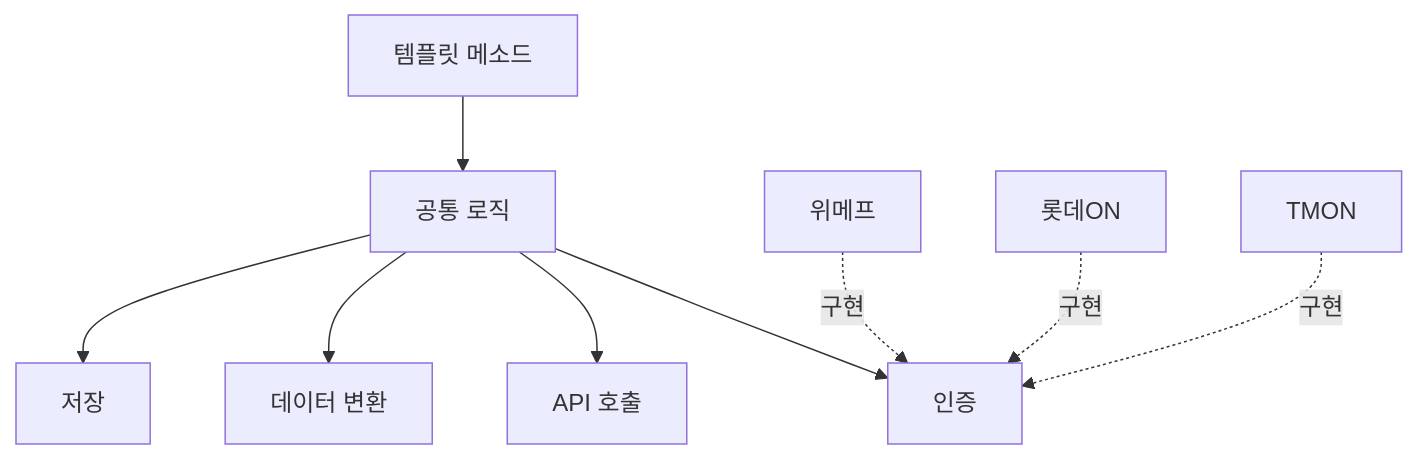
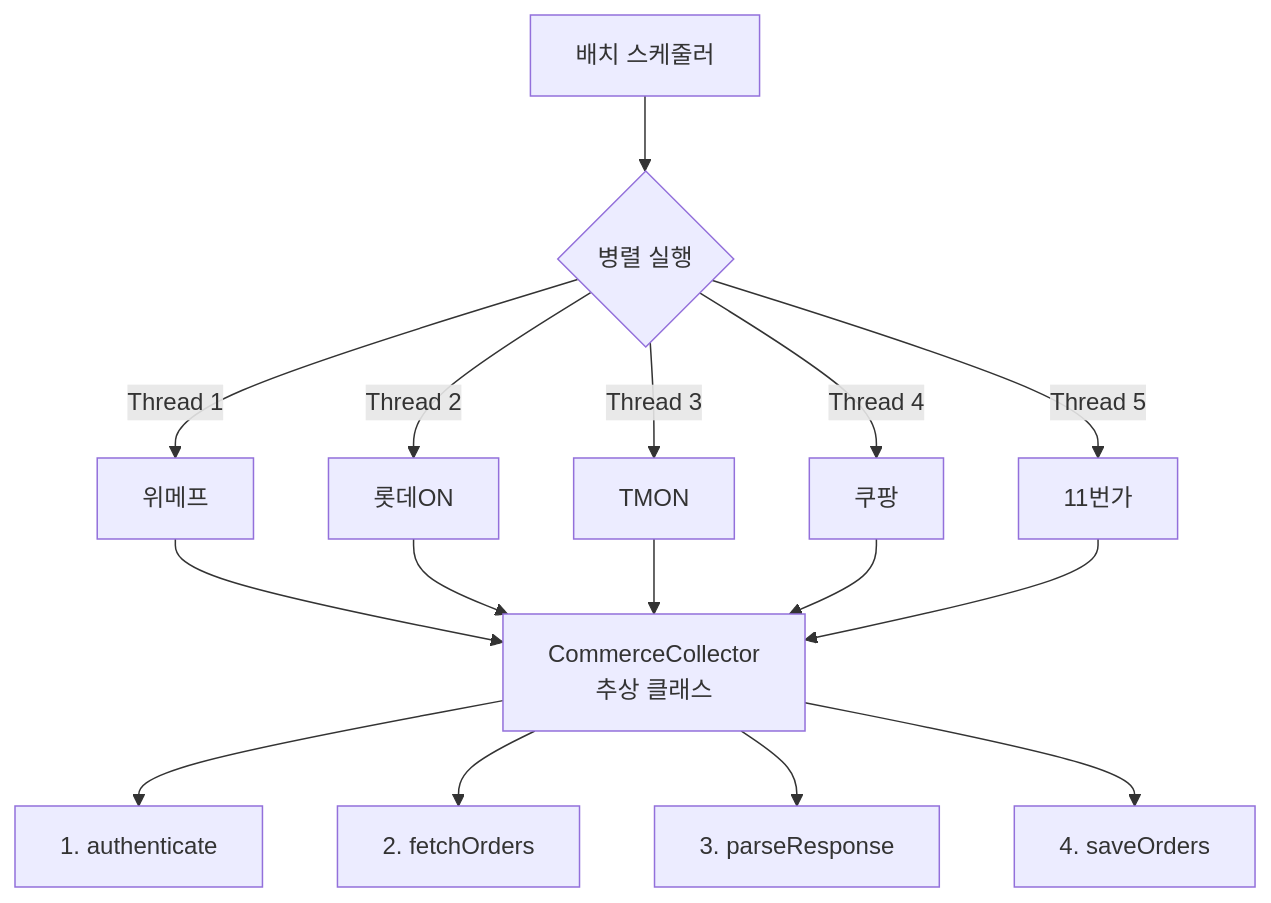
Before and after one commit to banggeunho/banggeunho: the diagram in portfolio/projects/ecommerce-batch-optimization/index.md, drawn with Mermaid. The commit also changed other lines of this file and 5 other files, not shown here.

First line of the commit message:
Improve portfolio projects with architect feedback

````diff
--- a/portfolio/projects/ecommerce-batch-optimization/index.md
+++ b/portfolio/projects/ecommerce-batch-optimization/index.md
@@ -36,12 +133,20 @@
 ```mermaid
 graph TB
-    A[템플릿 메소드] --> B[공통 로직]
-    B --> C[인증]
-    B --> D[API 호출]
-    B --> E[데이터 변환]
-    B --> F[저장]
+    A[배치 스케줄러] --> B{병렬 실행}
+    B -->|Thread 1| C[위메프]
+    B -->|Thread 2| D[롯데ON]
+    B -->|Thread 3| E[TMON]
+    B -->|Thread 4| F[쿠팡]
+    B -->|Thread 5| G[11번가]
 
-    G[위메프] -.구현.-> C
-    H[롯데ON] -.구현.-> C
-    I[TMON] -.구현.-> C
+    C --> H[CommerceCollector<br/>추상 클래스]
+    D --> H
+    E --> H
+    F --> H
+    G --> H
+
+    H --> I[1. authenticate]
+    H --> J[2. fetchOrders]
+    H --> K[3. parseResponse]
+    H --> L[4. saveOrders]
 ```
````
